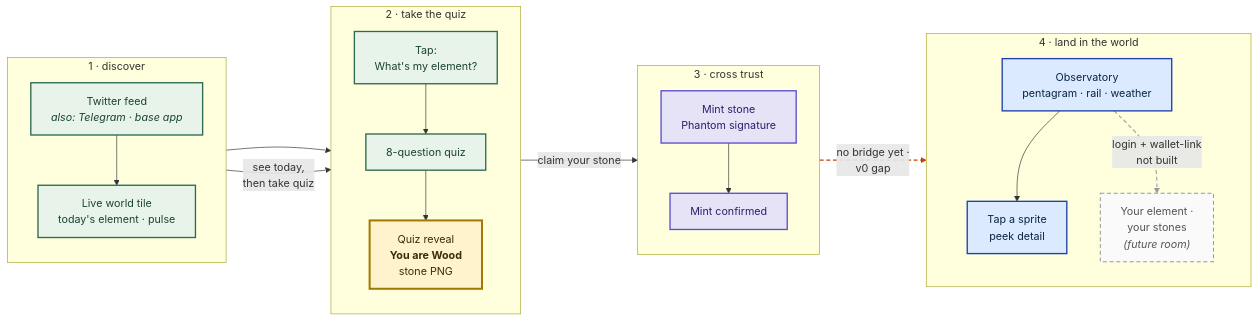
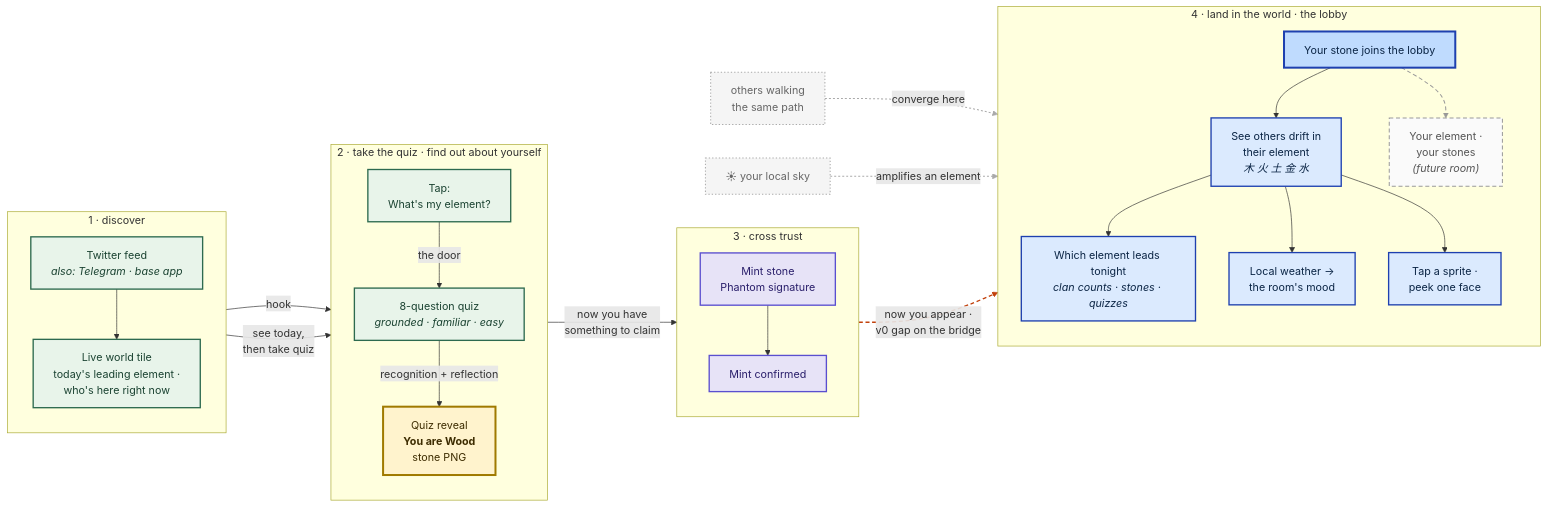
Before and after one commit to project-purupuru/purupuru-ttrpg: the diagram in README.md, drawn with Mermaid. The commit also changed other lines of this file and 2 other files, not shown here.

````diff
--- a/README.md
+++ b/README.md
@@ -63,55 +65,70 @@
 ```mermaid
 flowchart LR
     classDef live fill:#e8f4ea,stroke:#2d6a4f,stroke-width:2px,color:#1b4332
     classDef payoff fill:#fff3cd,stroke:#a07a00,stroke-width:3px,color:#3d2c00
     classDef trust fill:#e7e3f7,stroke:#5a4fcf,stroke-width:2px,color:#2a1f6b
     classDef destination fill:#dbeafe,stroke:#1e40af,stroke-width:2px,color:#0b2545
-    classDef openWound fill:#fff7e6,stroke:#c2410c,stroke-width:1.5px,stroke-dasharray:6 4,color:#7c2d12
+    classDef arrival fill:#bfdbfe,stroke:#1e40af,stroke-width:3px,color:#0b2545
     classDef futureRoom fill:#fafafa,stroke:#999,stroke-width:1.5px,stroke-dasharray:6 4,color:#555
+    classDef offstage fill:#f5f5f5,stroke:#aaa,stroke-width:1.5px,stroke-dasharray:2 3,color:#666
 
     subgraph DISCOVERY["1 · discover"]
         direction TB
         feed["Twitter feed<br/><i>also: Telegram · base app</i>"]
-        ambient["Live world tile<br/>today's element · pulse"]
+        ambient["Live world tile<br/>today's leading element ·<br/>who's here right now"]
     end
 
-    subgraph QUIZ["2 · take the quiz"]
+    subgraph QUIZ["2 · take the quiz · find out about yourself"]
         direction TB
         cta["Tap:<br/>What's my element?"]
-        quiz["8-question quiz"]
+        quiz["8-question quiz<br/><i>grounded · familiar · easy</i>"]
         reveal["Quiz reveal<br/><b>You are Wood</b><br/>stone PNG"]
     end
 
     subgraph MINT["3 · cross trust"]
         direction TB
         sign["Mint stone<br/>Phantom signature"]
         confirmed["Mint confirmed"]
     end
 
-    subgraph WORLD["4 · land in the world"]
+    subgraph WORLD["4 · land in the world · the lobby"]
         direction TB
-        plaza["Observatory<br/>pentagram · rail · weather"]
-        focus["Tap a sprite<br/>peek detail"]
+        arrive["Your stone joins the lobby"]
+        room["See others drift in<br/>their element<br/><i>木 火 土 金 水</i>"]
+        census["Which element leads tonight<br/><i>clan counts · stones · quizzes</i>"]
+        bridge["Local weather →<br/>the room's mood"]
+        focus["Tap a sprite ·<br/>peek one face"]
         profile["Your element ·<br/>your stones<br/><i>(future room)</i>"]
     end
 
+    realworld["☀ your local sky"]:::offstage
+    others["others walking<br/>the same path"]:::offstage
+
     feed --> ambient
-    feed --> cta
+    feed -->|hook| cta
     ambient -->|see today,<br/>then take quiz| cta
-    cta --> quiz
-    quiz --> reveal
-    reveal -->|claim your stone| sign
+    cta -->|the door| quiz
+    quiz -->|recognition + reflection| reveal
+    reveal -->|now you have<br/>something to claim| sign
     sign --> confirmed
-    confirmed -.->|no bridge yet ·<br/>v0 gap| plaza
-    plaza --> focus
-    plaza -.->|login + wallet-link<br/>not built| profile
+    confirmed -.->|now you appear ·<br/>v0 gap on the bridge| arrive
+    arrive --> room
+    arrive -.-> profile
+    room --> census
+    room --> bridge
+    room --> focus
+    others -.->|converge here| arrive
+    realworld -.->|amplifies an element| bridge
 
     class feed,ambient,cta,quiz live
     class reveal payoff
     class sign,confirmed trust
-    class plaza,focus destination
+    class arrive arrival
+    class room,census,bridge,focus destination
     class profile futureRoom
 
     linkStyle 7 stroke:#c2410c,stroke-width:2px,stroke-dasharray:6 4
     linkStyle 9 stroke:#999,stroke-width:1.5px,stroke-dasharray:6 4
+    linkStyle 13 stroke:#aaa,stroke-width:1.5px,stroke-dasharray:3 3
+    linkStyle 14 stroke:#aaa,stroke-width:1.5px,stroke-dasharray:3 3
 ```
````
